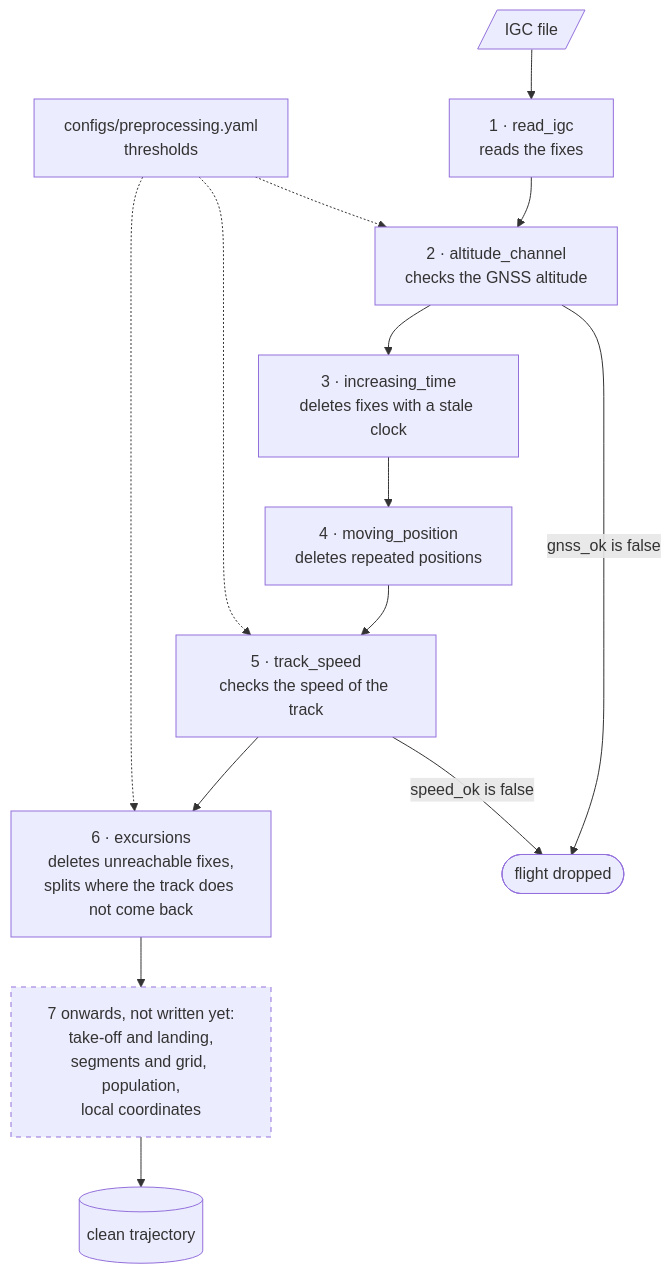
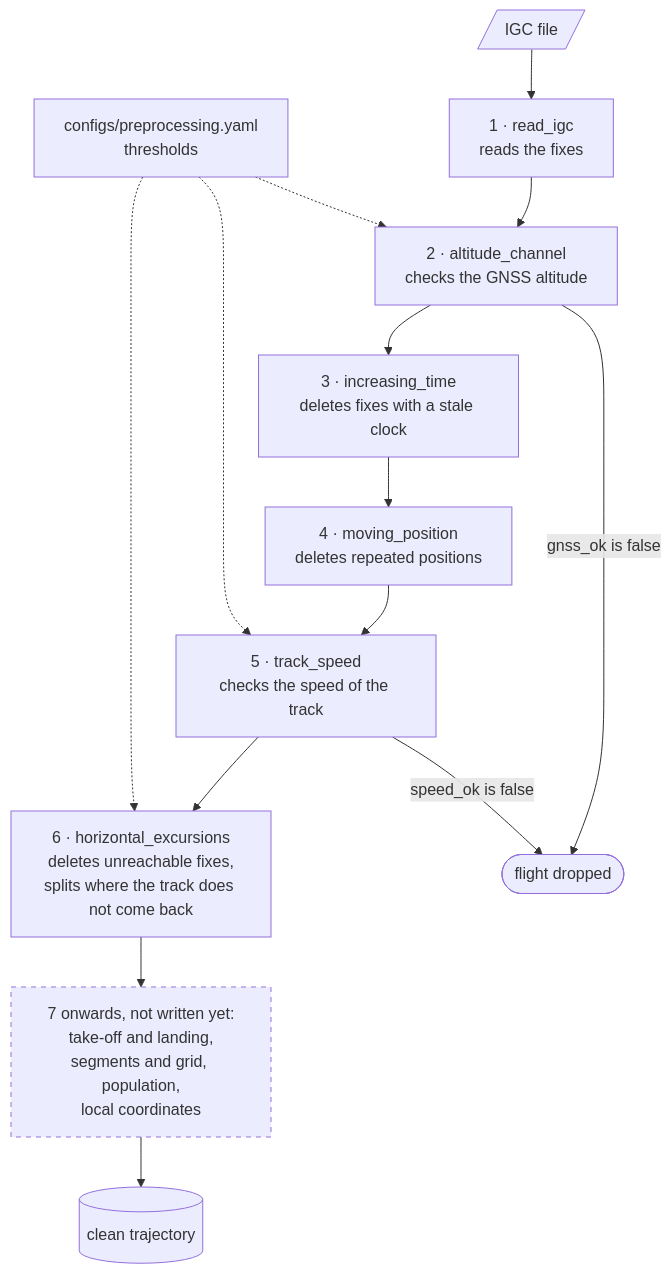
Before and after one commit to matteodisante/xc-dynamics: the diagram in docs/preprocessing.md, drawn with Mermaid. The commit also changed other lines of this file and 10 other files, not shown here.

````diff
--- a/docs/preprocessing.md
+++ b/docs/preprocessing.md
@@ -11,24 +11,24 @@
 ```mermaid
 flowchart TD
     igc[/"IGC file"/]
     cfg["configs/preprocessing.yaml<br>thresholds"]
     read["1 · read_igc<br>reads the fixes"]
     alt["2 · altitude_channel<br>checks the GNSS altitude"]
     clock["3 · increasing_time<br>deletes fixes with a stale clock"]
     rep["4 · moving_position<br>deletes repeated positions"]
     speed["5 · track_speed<br>checks the speed of the track"]
-    exc["6 · excursions<br>deletes unreachable fixes,<br>splits where the track does not come back"]
+    exc["6 · horizontal_excursions<br>deletes unreachable fixes,<br>splits where the track does not come back"]
     todo["7 onwards, not written yet:<br>take-off and landing,<br>segments and grid, population,<br>local coordinates"]
     out[("clean trajectory")]
     drop(["flight dropped"])
 
     igc --> read --> alt --> clock --> rep --> speed --> exc --> todo --> out
     alt -->|"gnss_ok is false"| drop
     speed -->|"speed_ok is false"| drop
     cfg -.-> alt
     cfg -.-> speed
     cfg -.-> exc
 
     classDef pending stroke-dasharray: 5 5
     class todo pending
 ```
````
